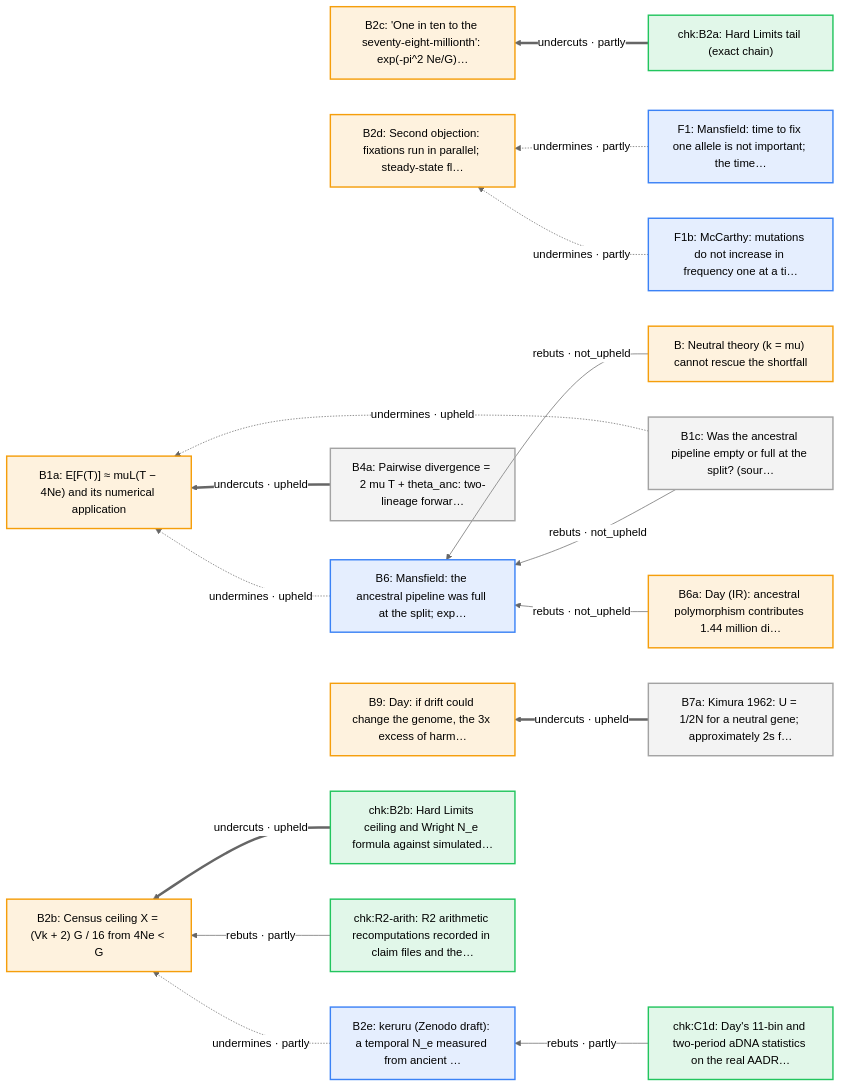
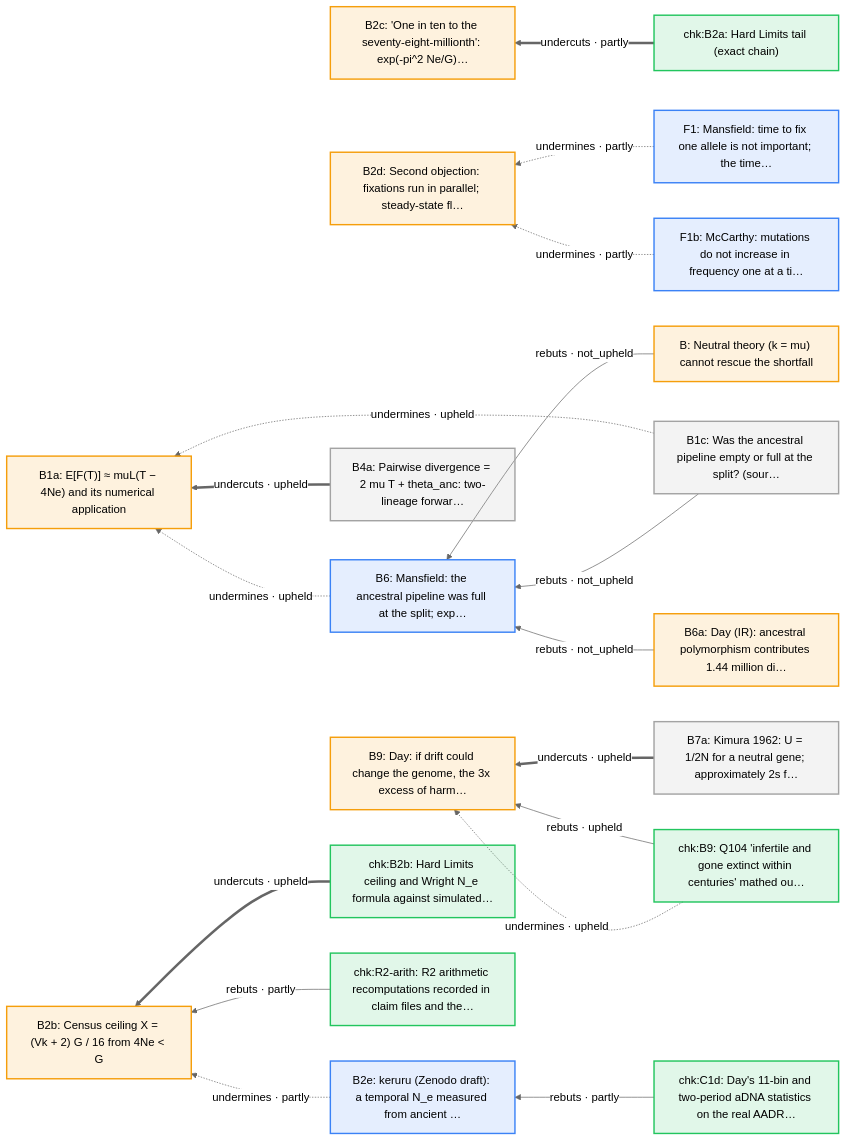
One commit to nickallevato/evo-sim changed the fifth of 20 diagrams in docs/arguments/defeaters.md. Above: the diagram before and after it, drawn with Mermaid (neutral theme). The commit also changed other lines of this file and 14 other files, not shown here.

````diff
--- a/docs/arguments/defeaters.md
+++ b/docs/arguments/defeaters.md
@@ -245,40 +245,43 @@
 ```mermaid
 flowchart RL
   classDef day fill:#f59e0b22,stroke:#f59e0b,stroke-width:2px
   classDef ally fill:#d9770622,stroke:#d97706,stroke-width:2px
   classDef critic fill:#3b82f622,stroke:#3b82f6,stroke-width:2px
   classDef literature fill:#a3a3a322,stroke:#a3a3a3,stroke-width:2px
   classDef audit fill:#22c55e22,stroke:#22c55e,stroke-width:2px
   B["B: Neutral theory (k = mu) cannot rescue the shortfall"]:::day
   B1a["B1a: E[F(T)] ≈ muL(T − 4Ne) and its numerical application"]:::day
   B1c["B1c: Was the ancestral pipeline empty or full at the split? (sour…"]:::literature
   B2b["B2b: Census ceiling X = (Vk + 2) G / 16 from 4Ne < G"]:::day
   B2c["B2c: 'One in ten to the seventy-eight-millionth': exp(-pi^2 Ne/G)…"]:::day
   B2d["B2d: Second objection: fixations run in parallel; steady-state fl…"]:::day
   B2e["B2e: keruru (Zenodo draft): a temporal N_e measured from ancient …"]:::critic
   B4a["B4a: Pairwise divergence = 2 mu T + theta_anc: two-lineage forwar…"]:::literature
   B6["B6: Mansfield: the ancestral pipeline was full at the split; exp…"]:::critic
   B6a["B6a: Day (IR): ancestral polymorphism contributes 1.44 million di…"]:::day
   B7a["B7a: Kimura 1962: U = 1/2N for a neutral gene; approximately 2s f…"]:::literature
   B9["B9: Day: if drift could change the genome, the 3x excess of harm…"]:::day
   F1["F1: Mansfield: time to fix one allele is not important; the time…"]:::critic
   F1b["F1b: McCarthy: mutations do not increase in frequency one at a ti…"]:::critic
   chk_B2a["chk:B2a: Hard Limits tail (exact chain)"]:::audit
   chk_B2b["chk:B2b: Hard Limits ceiling and Wright N_e formula against simulated…"]:::audit
+  chk_B9["chk:B9: Q104 'infertile and gone extinct within centuries' mathed ou…"]:::audit
   chk_C1d["chk:C1d: Day's 11-bin and two-period aDNA statistics on the real AADR…"]:::audit
   chk_R2_arith["chk:R2-arith: R2 arithmetic recomputations recorded in claim files and the…"]:::audit
   B7a ==>|"undercuts · upheld"| B9
+  chk_B9 -->|"rebuts · upheld"| B9
+  chk_B9 -.->|"undermines · upheld"| B9
   B1c -.->|"undermines · upheld"| B1a
   B4a ==>|"undercuts · upheld"| B1a
   B6 -.->|"undermines · upheld"| B1a
   B -->|"rebuts · not_upheld"| B6
   B6a -->|"rebuts · not_upheld"| B6
   B1c -->|"rebuts · not_upheld"| B6
   chk_R2_arith -->|"rebuts · partly"| B2b
   B2e -.->|"undermines · partly"| B2b
   chk_B2b ==>|"undercuts · upheld"| B2b
   chk_B2a ==>|"undercuts · partly"| B2c
   F1 -.->|"undermines · partly"| B2d
   F1b -.->|"undermines · partly"| B2d
   chk_C1d -->|"rebuts · partly"| B2e
 ```
````
